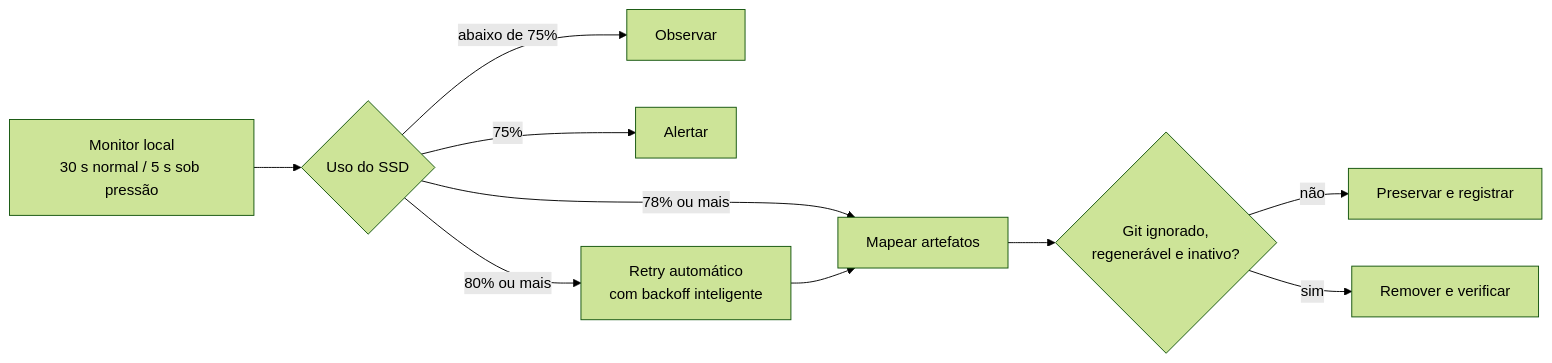
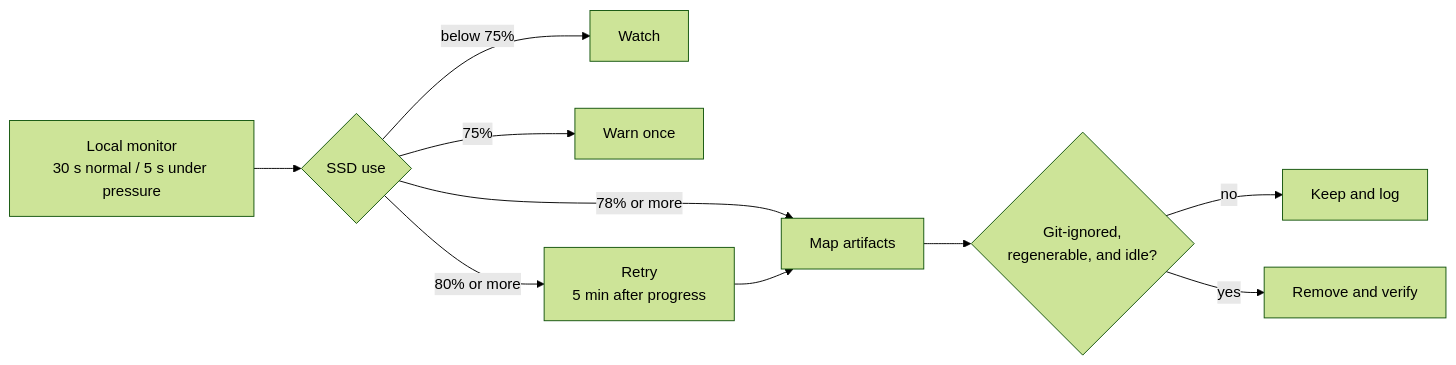
One commit to luisroquette-labs/ai-leave-my-mac-alone changed the diagram in README.md. Above: the diagram before and after it, drawn with Mermaid (forest theme). The commit also changed other lines of this file and 46 other files, not shown here.

````diff
--- a/README.md
+++ b/README.md
@@ -55,12 +51,12 @@
 ```mermaid
 flowchart LR
-    A[Monitor local\n30 s normal / 5 s sob pressão] --> B{Uso do SSD}
-    B -->|abaixo de 75%| C[Observar]
-    B -->|75%| D[Alertar]
-    B -->|78% ou mais| E[Mapear artefatos]
-    E --> F{Git ignorado,\nregenerável e inativo?}
-    F -->|não| G[Preservar e registrar]
-    F -->|sim| H[Remover e verificar]
-    B -->|80% ou mais| I[Retry automático\ncom backoff inteligente]
+    A[Local monitor\n30 s normal / 5 s under pressure] --> B{SSD use}
+    B -->|below 75%| C[Watch]
+    B -->|75%| D[Warn once]
+    B -->|78% or more| E[Map artifacts]
+    E --> F{Git-ignored,\nregenerable, and idle?}
+    F -->|no| G[Keep and log]
+    F -->|yes| H[Remove and verify]
+    B -->|80% or more| I[Retry\n5 min after progress]
     I --> E
 ```
````
